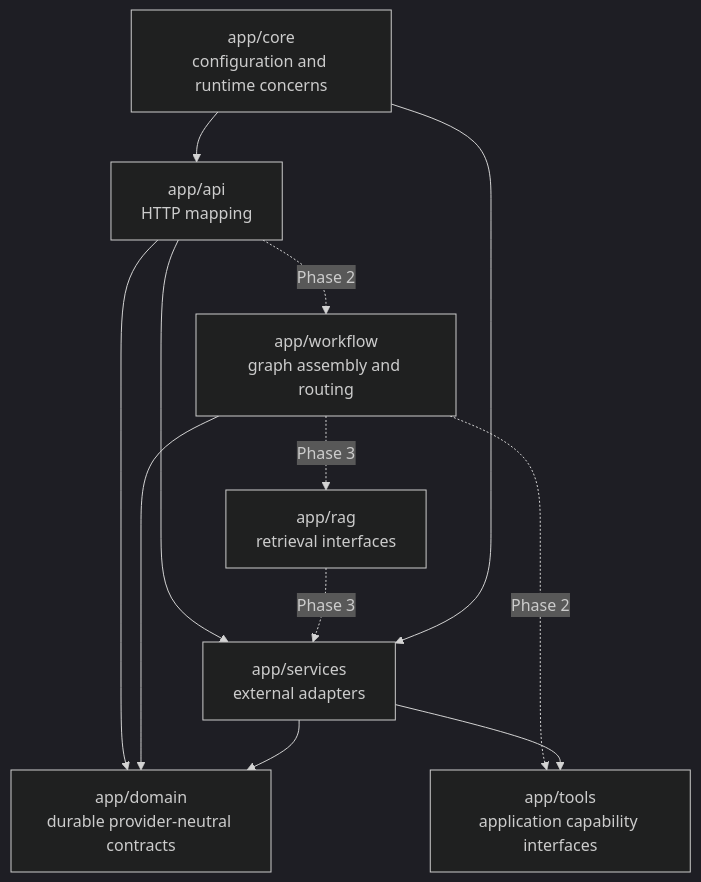
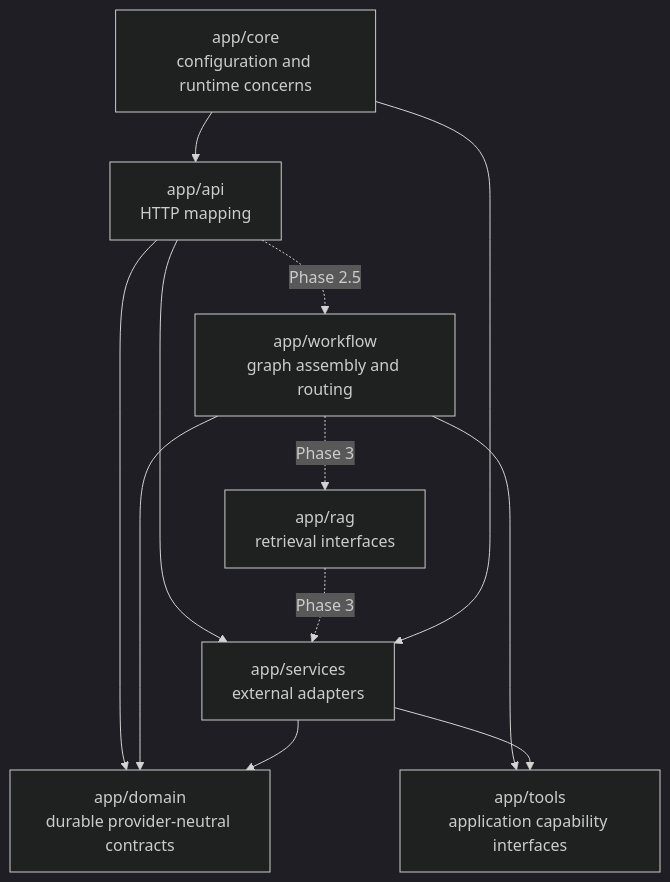
One commit to sanket-nawghare/langchain-poc changed the second of 5 diagrams in docs/ARCHITECTURE.md. Above: the diagram before and after it, drawn with Mermaid (dark theme). The commit also changed other lines of this file and 12 other files, not shown here.

````diff
--- a/docs/ARCHITECTURE.md
+++ b/docs/ARCHITECTURE.md
@@ -42,22 +43,22 @@
 ```mermaid
 flowchart TD
     API["app/api<br/>HTTP mapping"]
     Workflow["app/workflow<br/>graph assembly and routing"]
     Tools["app/tools<br/>application capability interfaces"]
     RAG["app/rag<br/>retrieval interfaces"]
     Services["app/services<br/>external adapters"]
     Core["app/core<br/>configuration and runtime concerns"]
     Domain["app/domain<br/>durable provider-neutral contracts"]
 
     API --> Domain
-    API -. "Phase 2" .-> Workflow
-    Workflow -. "Phase 2" .-> Tools
+    API -. "Phase 2.5" .-> Workflow
+    Workflow --> Tools
     Workflow -. "Phase 3" .-> RAG
     Workflow --> Domain
     API --> Services
     Services --> Tools
     RAG -. "Phase 3" .-> Services
     Services --> Domain
     Core --> API
     Core --> Services
 ```
````
